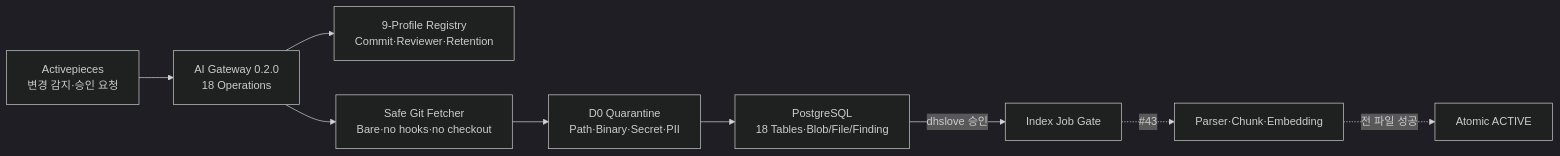
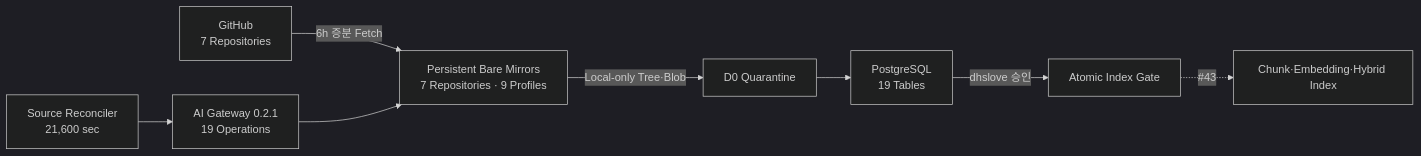
One commit to ablecloud-team/ablestack-techflow changed the diagram in docs/reports/issue-42-source-registry-validation.md. Above: the diagram before and after it, drawn with Mermaid (dark theme). The commit also changed other lines of this file and 41 other files, not shown here.

Commit message:
Issue #42 영속 Source Mirror·1TB 운영 기반 보완

````diff
--- a/docs/reports/issue-42-source-registry-validation.md
+++ b/docs/reports/issue-42-source-registry-validation.md
@@ -19,11 +19,10 @@
 ```mermaid
 flowchart LR
-    AP["Activepieces\n변경 감지·승인 요청"] --> API["AI Gateway 0.2.0\n18 Operations"]
-    API --> REG["9-Profile Registry\nCommit·Reviewer·Retention"]
-    API --> FETCH["Safe Git Fetcher\nBare·no hooks·no checkout"]
-    FETCH --> Q["D0 Quarantine\nPath·Binary·Secret·PII"]
-    Q --> DB["PostgreSQL\n18 Tables·Blob/File/Finding"]
-    DB -->|"dhslove 승인"| JOB["Index Job Gate"]
-    JOB -. "#43" .-> IDX["Parser·Chunk·Embedding"]
-    IDX -. "전 파일 성공" .-> ACTIVE["Atomic ACTIVE"]
+    GH["GitHub\n7 Repositories"] -->|"6h 증분 Fetch"| MIRROR["Persistent Bare Mirrors\n7 Repositories · 9 Profiles"]
+    REC["Source Reconciler\n21,600 sec"] --> API["AI Gateway 0.2.1\n19 Operations"]
+    API --> MIRROR
+    MIRROR -->|"Local-only Tree·Blob"| Q["D0 Quarantine"]
+    Q --> DB["PostgreSQL\n19 Tables"]
+    DB -->|"dhslove 승인"| JOB["Atomic Index Gate"]
+    JOB -. "#43" .-> IDX["Chunk·Embedding·Hybrid Index"]
 ```
````
